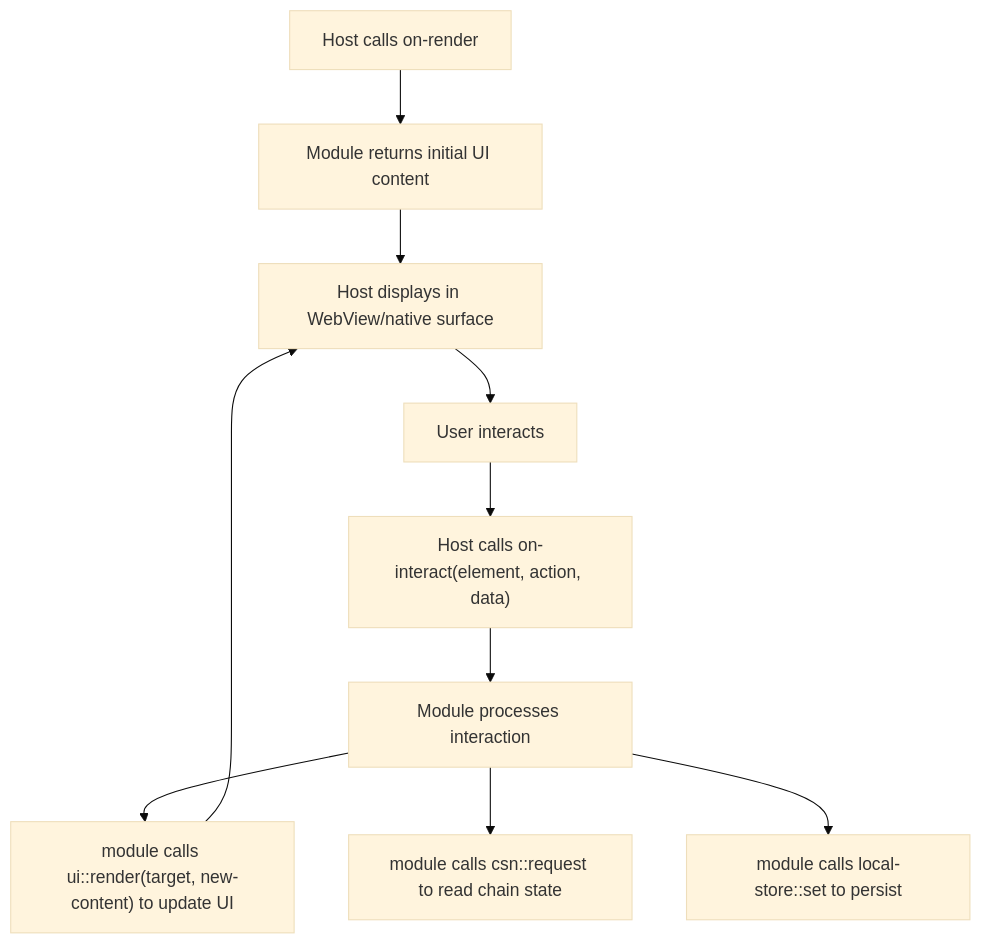
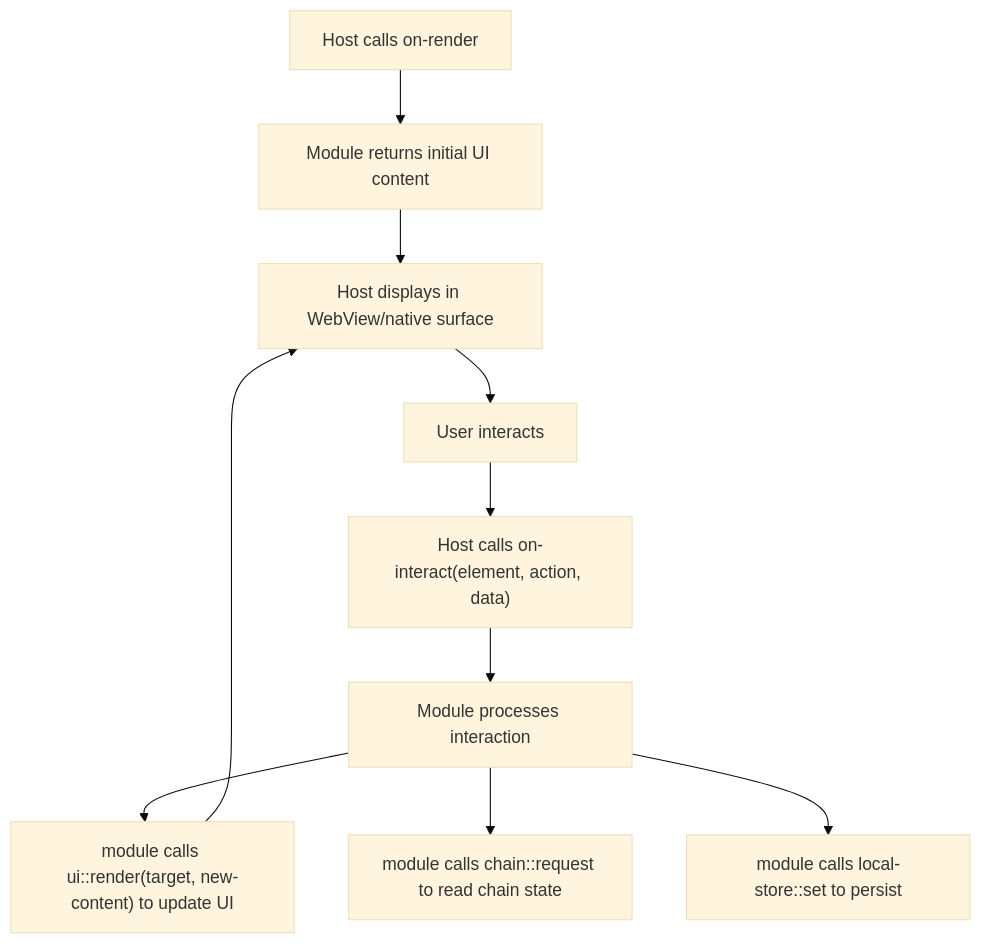
One commit to bleu/nullis-shepherd changed the second of 6 diagrams in docs/08-platform-generalisation.md. Above: the diagram before and after it, drawn with Mermaid (base theme). The commit also changed other lines of this file and 45 other files, not shown here.

````diff
--- a/docs/08-platform-generalisation.md
+++ b/docs/08-platform-generalisation.md
@@ -521,12 +534,12 @@
 ```mermaid
 flowchart TD
     A["Host calls on-render"] --> B["Module returns initial UI content"]
     B --> C["Host displays in WebView/native surface"]
     C --> D["User interacts"]
     D --> E["Host calls on-interact(element, action, data)"]
     E --> F["Module processes interaction"]
     F --> G["module calls ui::render(target, new-content) to update UI"]
-    F --> H["module calls csn::request to read chain state"]
+    F --> H["module calls chain::request to read chain state"]
     F --> I["module calls local-store::set to persist"]
     G --> C
 ```
````
